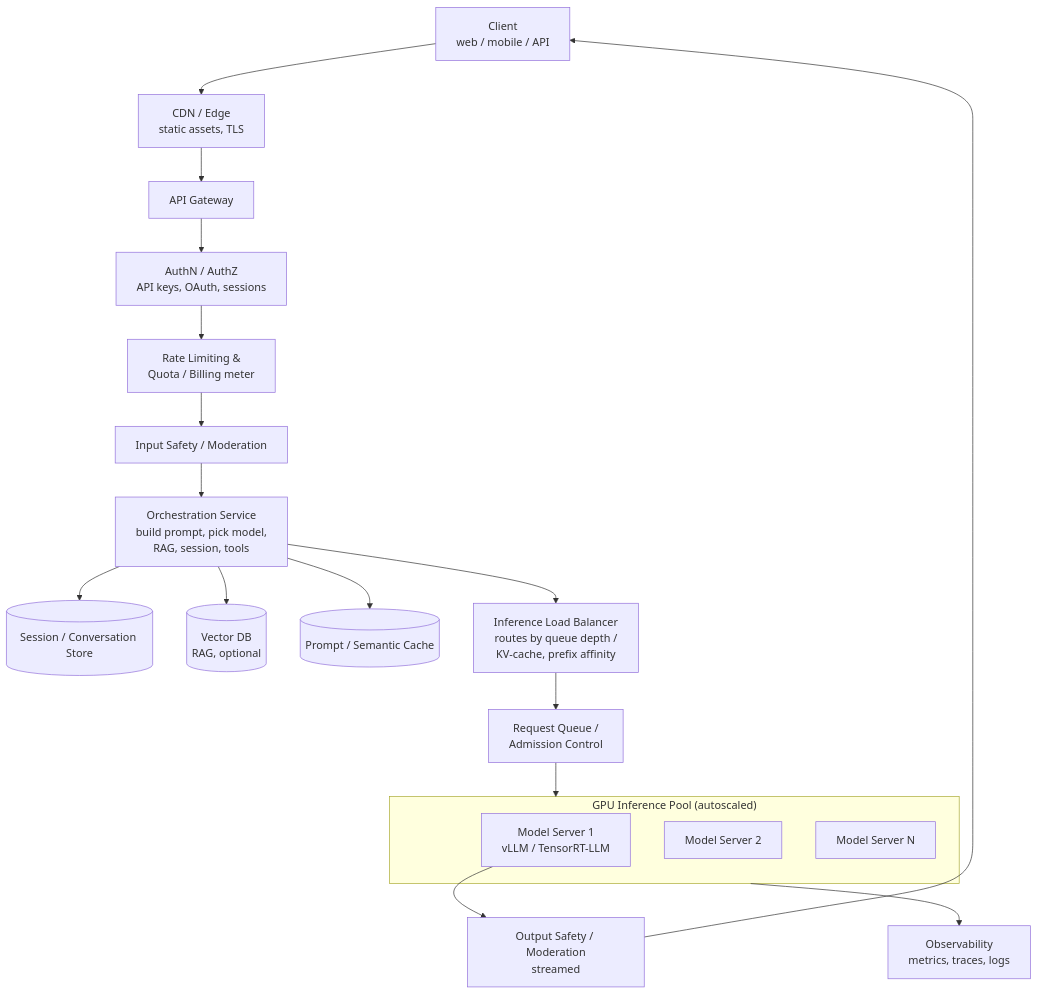
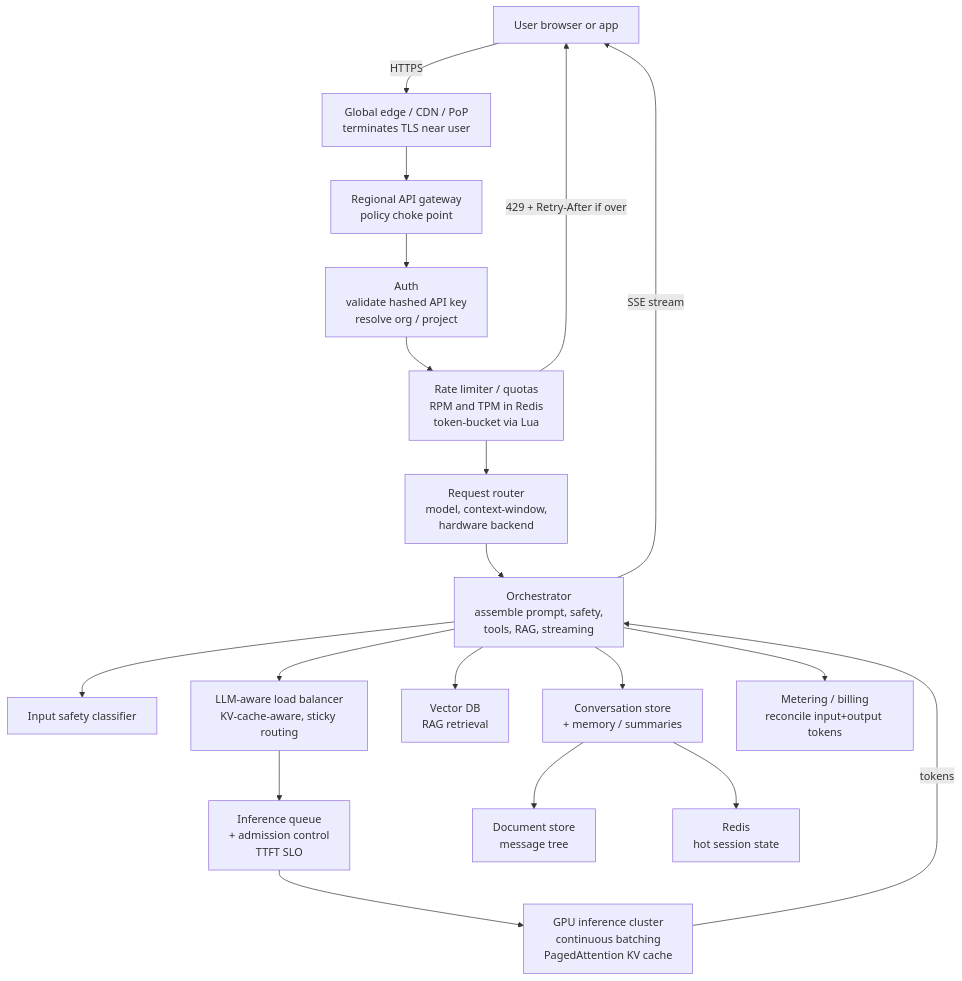
The first of 8 diagrams in case-studies/chatgpt-claude/README.md (codewithmuh/system-design), drawn with Mermaid before and after one commit. The commit also changed other lines of this file and 7 other files, not shown here.

````diff
--- a/case-studies/chatgpt-claude/README.md
+++ b/case-studies/chatgpt-claude/README.md
@@ -163,28 +163,27 @@
 ```mermaid
 graph TD
-    Client["Client<br/>web / mobile / API"] --> CDN["CDN / Edge<br/>static assets, TLS"]
-    CDN --> GW["API Gateway"]
-    GW --> Auth["AuthN / AuthZ<br/>API keys, OAuth, sessions"]
-    Auth --> RL["Rate Limiting &<br/>Quota / Billing meter"]
-    RL --> MOD_IN["Input Safety / Moderation"]
-    MOD_IN --> ORCH["Orchestration Service<br/>build prompt, pick model,<br/>RAG, session, tools"]
+    User["User browser or app"] -->|HTTPS| Edge["Global edge / CDN / PoP<br/>terminates TLS near user"]
+    Edge --> GW["Regional API gateway<br/>policy choke point"]
 
-    ORCH --> SESS[("Session / Conversation Store")]
-    ORCH --> VDB[("Vector DB<br/>RAG, optional")]
-    ORCH --> CACHE[("Prompt / Semantic Cache")]
+    GW --> Auth["Auth<br/>validate hashed API key<br/>resolve org / project"]
+    Auth --> RL["Rate limiter / quotas<br/>RPM and TPM in Redis<br/>token-bucket via Lua"]
+    RL -->|"429 + Retry-After if over"| User
 
-    ORCH --> LB["Inference Load Balancer<br/>routes by queue depth /<br/>KV-cache, prefix affinity"]
-    LB --> Q["Request Queue /<br/>Admission Control"]
-    Q --> POOL
+    RL --> Router["Request router<br/>model, context-window,<br/>hardware backend"]
+    Router --> Orch["Orchestrator<br/>assemble prompt, safety,<br/>tools, RAG, streaming"]
 
-    subgraph POOL["GPU Inference Pool (autoscaled)"]
-        S1["Model Server 1<br/>vLLM / TensorRT-LLM"]
-        S2["Model Server 2"]
-        S3["Model Server N"]
-    end
+    Orch --> Safety["Input safety classifier"]
+    Orch --> Mem["Conversation store<br/>+ memory / summaries"]
+    Orch --> RAG["Vector DB<br/>RAG retrieval"]
 
-    S1 --> MOD_OUT["Output Safety / Moderation<br/>streamed"]
-    MOD_OUT --> Client
+    Orch --> LB["LLM-aware load balancer<br/>KV-cache-aware, sticky routing"]
+    LB --> Q["Inference queue<br/>+ admission control<br/>TTFT SLO"]
+    Q --> GPU["GPU inference cluster<br/>continuous batching<br/>PagedAttention KV cache"]
 
-    POOL --> OBS["Observability<br/>metrics, traces, logs"]
+    GPU -->|tokens| Orch
+    Orch -->|"SSE stream"| User
+
+    Orch --> Meter["Metering / billing<br/>reconcile input+output tokens"]
+    Mem --> DocDB["Document store<br/>message tree"]
+    Mem --> Redis["Redis<br/>hot session state"]
 ```
````
